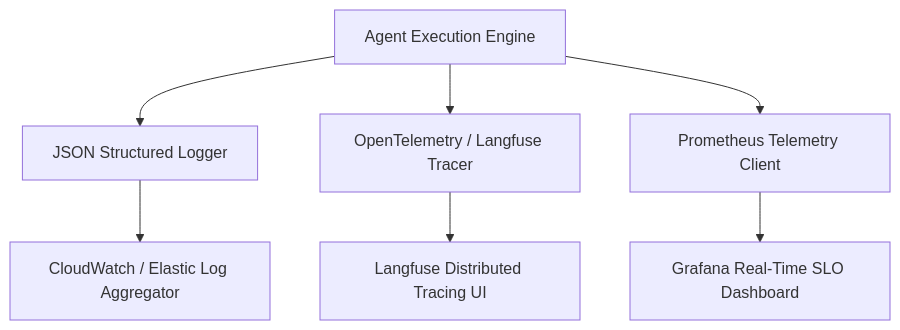
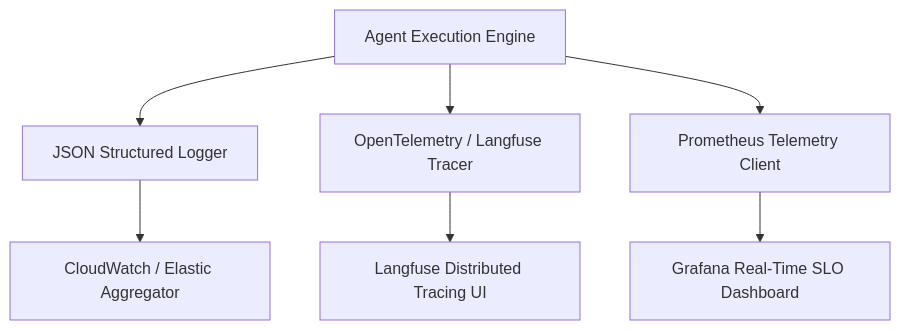
Before and after one commit to sricheru/agentic-ai-portfolio: diagram 19 of 20 in genai_enterprise_usecases/ARCHITECTURE_GUIDE.md, drawn with Mermaid. The commit also changed other lines of this file, not shown here.

Commit message:
fix(mermaid): switch to pure flowchart TD and remove label collisions

````diff
--- a/genai_enterprise_usecases/ARCHITECTURE_GUIDE.md
+++ b/genai_enterprise_usecases/ARCHITECTURE_GUIDE.md
@@ -426,9 +425,9 @@
 ```mermaid
-graph TD
-    AgentApp["Agent Execution Engine"] --> Logger["JSON Structured Logger"]
-    AgentApp --> Tracer["OpenTelemetry / Langfuse Tracer"]
-    AgentApp --> Metrics["Prometheus Telemetry Client"]
-    Logger --> LogAggregator["CloudWatch / Elastic Log Aggregator"]
-    Tracer --> LangfuseUI["Langfuse Distributed Tracing UI"]
-    Metrics --> Grafana["Grafana Real-Time SLO Dashboard"]
+flowchart TD
+    AgentApp[Agent Execution Engine] --> Logger[JSON Structured Logger]
+    AgentApp --> Tracer[OpenTelemetry / Langfuse Tracer]
+    AgentApp --> Metrics[Prometheus Telemetry Client]
+    Logger --> LogAggregator[CloudWatch / Elastic Aggregator]
+    Tracer --> LangfuseUI[Langfuse Distributed Tracing UI]
+    Metrics --> Grafana[Grafana Real-Time SLO Dashboard]
 ```
````
